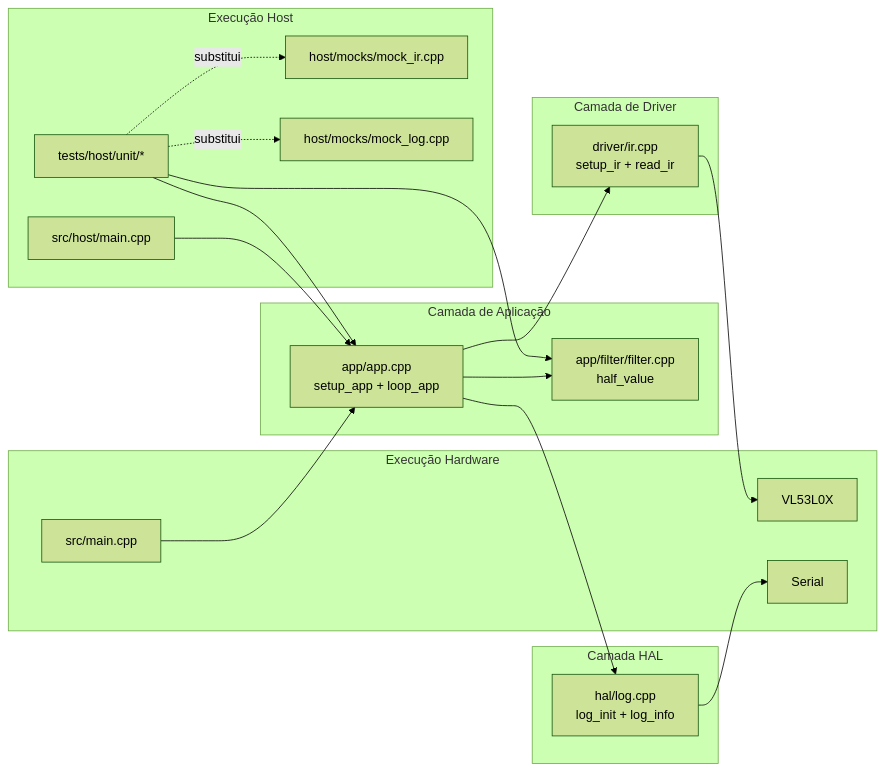
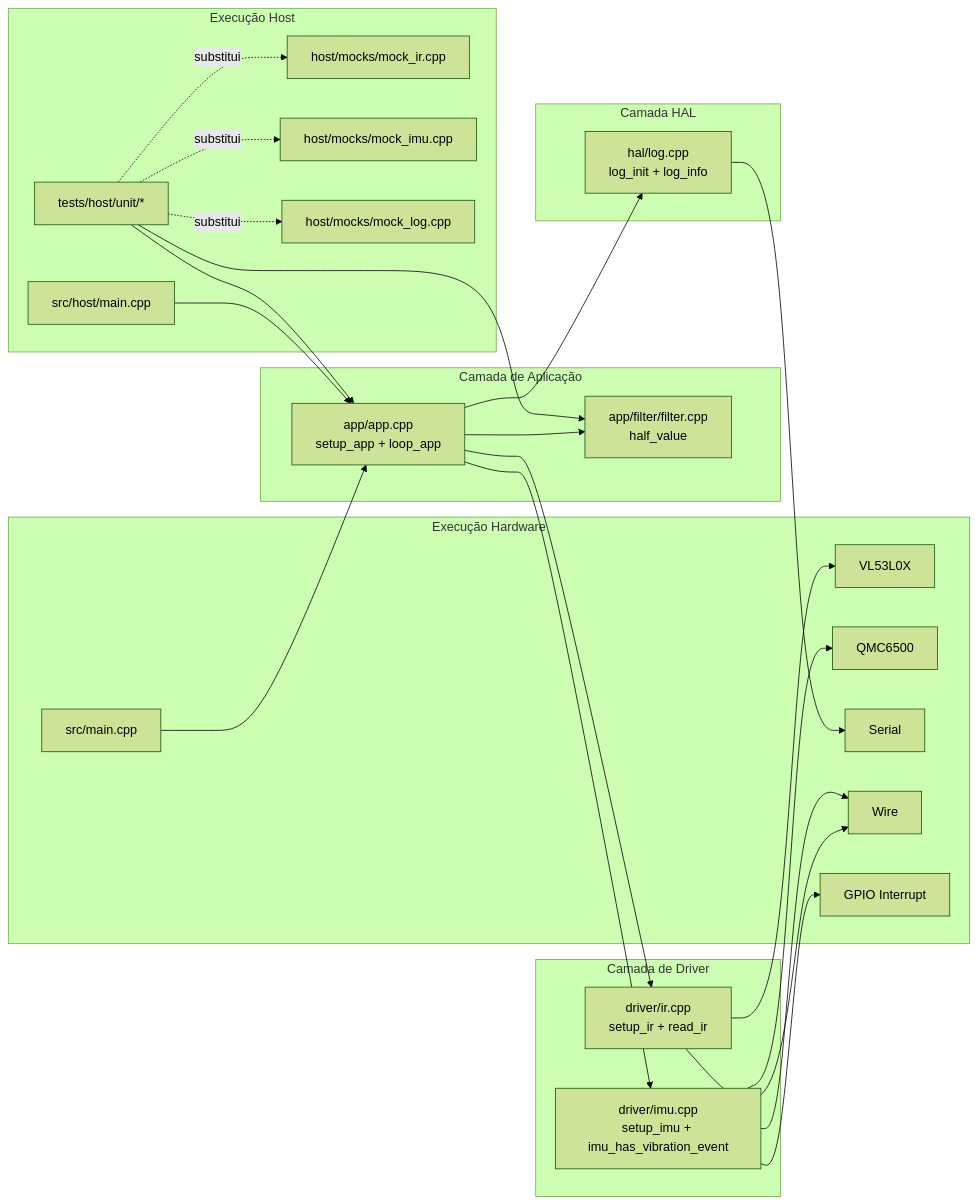
One commit to pedrolopesc/host-automated-testing-iot changed the second of 2 diagrams in architecture/DIAGRAM.md. Above: the diagram before and after it, drawn with Mermaid (forest theme). The commit also changed 9 other files, not shown here.

Commit message:
feat: add QMC6500 vibration interrupt flow

````diff
--- a/architecture/DIAGRAM.md
+++ b/architecture/DIAGRAM.md
@@ -28,43 +28,54 @@
 ```mermaid
 flowchart LR
     subgraph App[Camada de Aplicação]
         APP[app/app.cpp\nsetup_app + loop_app]
         FILTER[app/filter/filter.cpp\nhalf_value]
     end
 
     subgraph Driver[Camada de Driver]
         IR[driver/ir.cpp\nsetup_ir + read_ir]
+        IMU[driver/imu.cpp\nsetup_imu + imu_has_vibration_event]
     end
 
     subgraph HAL[Camada HAL]
         LOG[hal/log.cpp\nlog_init + log_info]
     end
 
     subgraph Host[Execução Host]
         HMAIN[src/host/main.cpp]
         MIR[host/mocks/mock_ir.cpp]
+        MIMU[host/mocks/mock_imu.cpp]
         MLOG[host/mocks/mock_log.cpp]
         TESTS[tests/host/unit/*]
     end
 
     subgraph Target[Execução Hardware]
         TMAIN[src/main.cpp]
-        SENSOR[VL53L0X]
+        IRSENSOR[VL53L0X]
+        IMUSENSOR[QMC6500]
         UART[Serial]
+        I2C[Wire]
+        EXTI[GPIO Interrupt]
     end
 
     APP --> FILTER
     APP --> IR
+    APP --> IMU
     APP --> LOG
 
-    IR --> SENSOR
+    IR --> IRSENSOR
+    IMU --> IMUSENSOR
+    IR --> I2C
+    IMU --> I2C
+    IMU --> EXTI
     LOG --> UART
 
     HMAIN --> APP
     TESTS --> APP
     TESTS --> FILTER
     TESTS -. substitui .-> MIR
+    TESTS -. substitui .-> MIMU
     TESTS -. substitui .-> MLOG
 
     TMAIN --> APP
 ```
````
